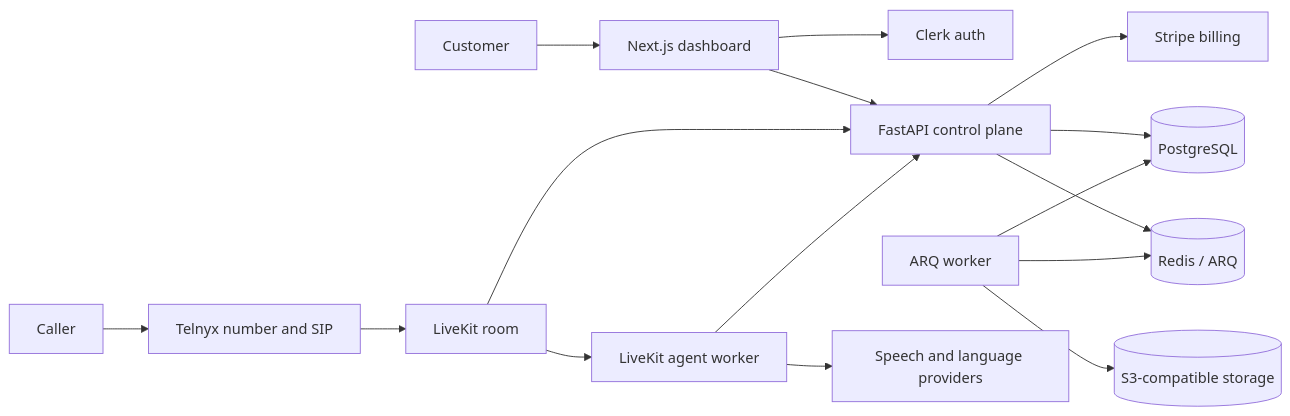
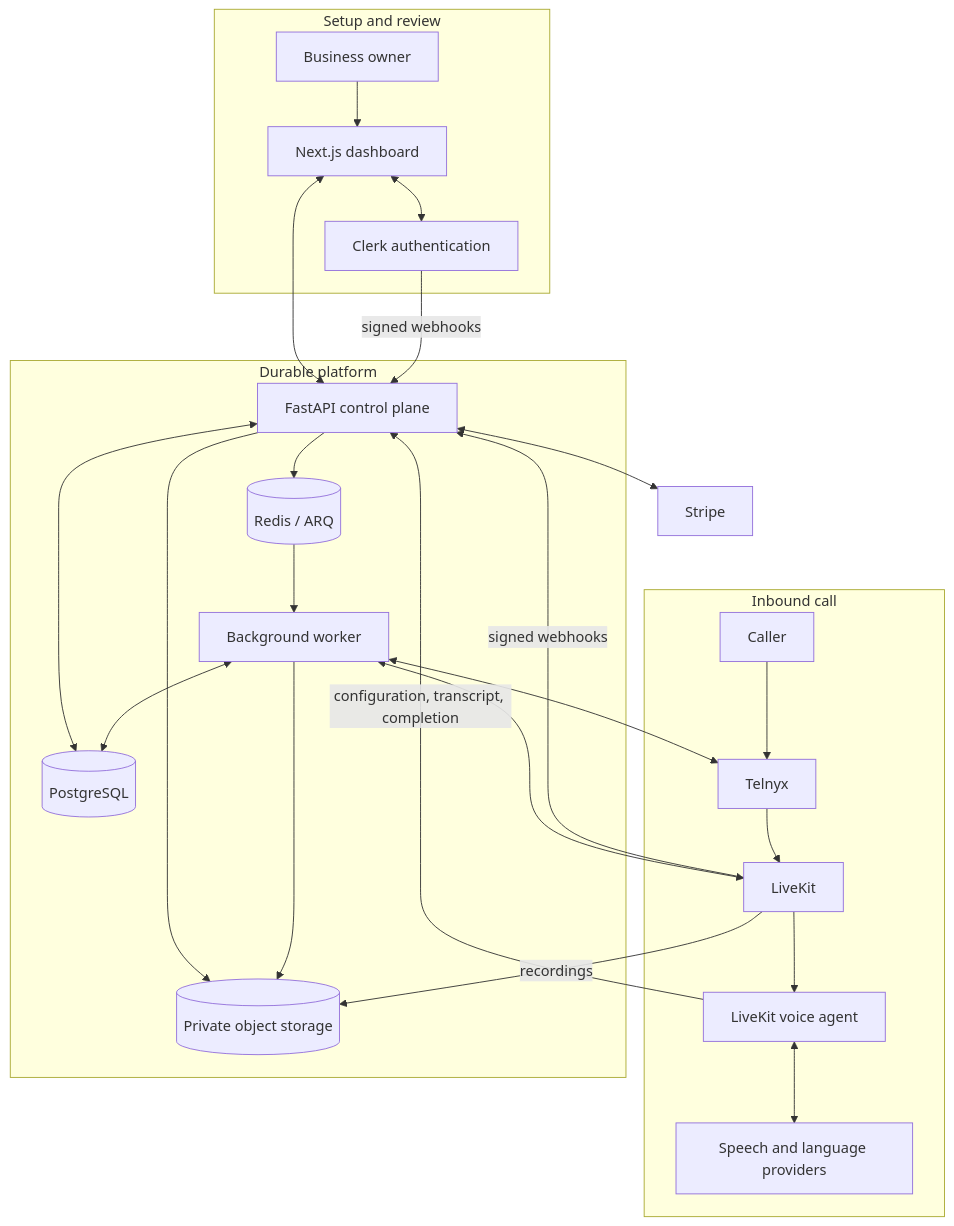
One commit to m4bulmagd/opevo changed the diagram in README.md. Above: the diagram before and after it, drawn with Mermaid. The commit also changed other lines of this file, not shown here.

````diff
--- a/README.md
+++ b/README.md
@@ -71,19 +48,30 @@
 ```mermaid
-flowchart LR
-    Customer[Customer] --> Web[Next.js dashboard]
-    Web --> Clerk[Clerk auth]
-    Web --> API[FastAPI control plane]
-    API --> Stripe[Stripe billing]
-    API --> DB[(PostgreSQL)]
-    API --> Redis[(Redis / ARQ)]
-    Worker[ARQ worker] --> Redis
-    Worker --> DB
-    Worker --> Storage[(S3-compatible storage)]
+flowchart TB
+    subgraph Setup["Setup and review"]
+        Owner[Business owner] --> Web[Next.js dashboard]
+        Web <--> Clerk[Clerk authentication]
+    end
 
-    Caller[Caller] --> Telnyx[Telnyx number and SIP]
-    Telnyx --> LiveKit[LiveKit room]
-    LiveKit --> Agent[LiveKit agent worker]
-    LiveKit --> API
-    Agent --> Speech[Speech and language providers]
-    Agent --> API
+    subgraph Calls["Inbound call"]
+        Caller --> Telnyx --> LiveKit --> Agent[LiveKit voice agent]
+        Agent <--> AI[Speech and language providers]
+    end
+
+    Web <--> API[FastAPI control plane]
+    Clerk -->|signed webhooks| API
+    Agent -->|configuration, transcript, completion| API
+    LiveKit -->|signed webhooks| API
+
+    subgraph Platform["Durable platform"]
+        API <--> DB[(PostgreSQL)]
+        API --> Redis[(Redis / ARQ)] --> Worker[Background worker]
+        Worker <--> DB
+        API --> Storage[(Private object storage)]
+        Worker --> Storage
+    end
+
+    API <--> Stripe[Stripe]
+    Worker <--> Telnyx
+    Worker <--> LiveKit
+    LiveKit -->|recordings| Storage
 ```
````
